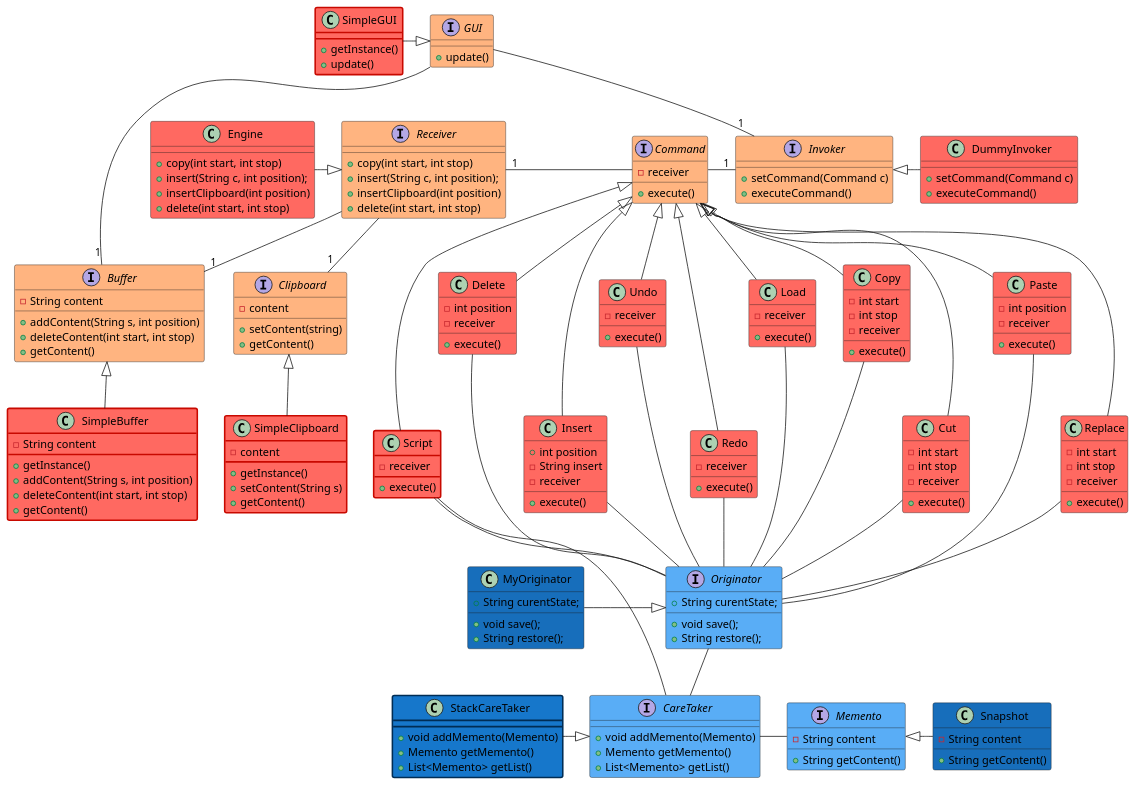
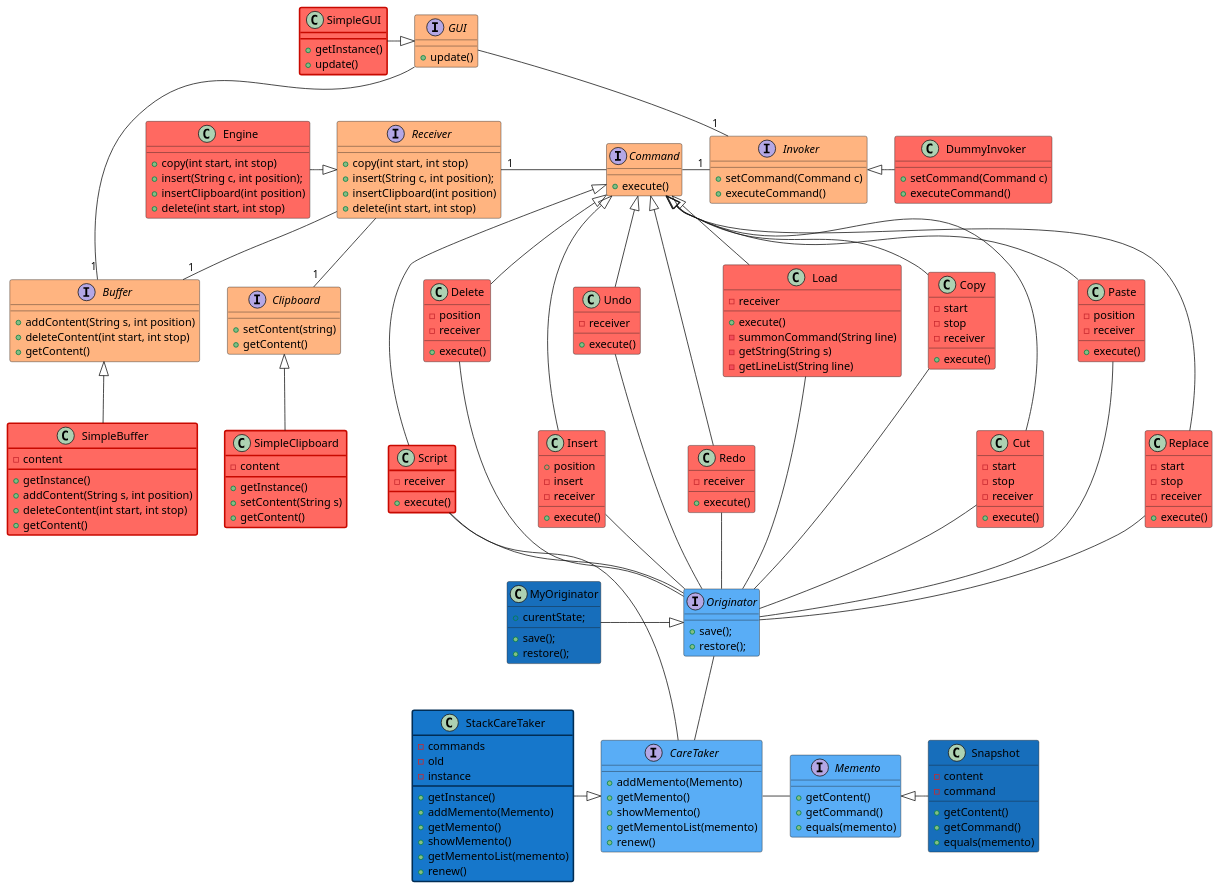
The diagram in V2/Conception/ClassDiagram.puml (Camille-Molinier/text-editor), drawn with PlantUML before and after one commit. The commit also changed 4 other files, not shown here.

Commit message:
improve diagrams

```diff
--- a/V2/Conception/ClassDiagram.puml
+++ b/V2/Conception/ClassDiagram.puml
@@ -12,7 +12,6 @@
 }
 
 interface Command #ffb480 {
-    - receiver
     + execute()
 }
 
@@ -24,34 +23,33 @@
 }
 
 interface Clipboard #ffb480 {
-    - content
     + setContent(string)
     + getContent()
 }
 
 interface Buffer #ffb480 {
-    - String content
     + addContent(String s, int position)
     + deleteContent(int start, int stop)
     + getContent()
 }
 
 interface Originator #59adf6 {
-    + String curentState;
-    + void save();
-    + String restore();
+    + save();
+    + restore();
 }
 
 interface Memento #59adf6 {
-    - String content
-
-    + String getContent()
+    + getContent()
+    + getCommand()
+    + equals(memento)
 }
 
 interface CareTaker #59adf6 {
-    + void addMemento(Memento)
-    + Memento getMemento()
-    + List<Memento> getList()
+    + addMemento(Memento)
+    + getMemento()
+    + showMemento()
+    + getMementoList(memento)
+    + renew()
 }
 
 class SimpleGUI #ff6961;line.bold:C80900 {
@@ -68,41 +66,41 @@
 
 
 class Copy #ff6961 {
-    - int start
-    - int stop
+    - start
+    - stop
     - receiver
     + execute()
 }
 
 class Cut #ff6961 {
-    - int start
-    - int stop
+    - start
+    - stop
     - receiver
     + execute()
 }
 
 class Paste #ff6961 {
-    - int position
+    - position
     - receiver
     + execute()
 }
 
 class Replace #ff6961 {
-    - int start
-    - int stop
+    - start
+    - stop
     - receiver
     + execute()
 }
 
 class Delete #ff6961 {
-    - int position
+    - position
     - receiver
     + execute()
 }
 
 class Insert #ff6961 {
-    + int position
-    - String insert
+    + position
+    - insert
     - receiver
     + execute()
 }
@@ -125,10 +123,13 @@
 class Load #ff6961 {
     - receiver
     + execute()
+    - summonCommand(String line)
+    - getString(String s)
+    - getLineList(String line)
 }
 
 class SimpleBuffer #ff6961;line.bold:C80900 {
-    - String content
+    - content
     + getInstance()
     + addContent(String s, int position)
     + deleteContent(int start, int stop)
@@ -148,21 +149,29 @@
 }
 
 class MyOriginator #176EBB {
-    + String curentState;
-    + void save();
-    + String restore();
+    + curentState;
+    + save();
+    + restore();
 }
 
 class Snapshot #176EBB {
-    - String content
-
-    + String getContent()
+    - content
+    - command
+    + getContent()
+    + getCommand()
+    + equals(memento)
 }
 
 class StackCareTaker #1677CB;line.bold:002D55 {
-    + void addMemento(Memento)
-    + Memento getMemento()
-    + List<Memento> getList()
+    - commands
+    - old
+    - instance
+    + getInstance()
+    + addMemento(Memento)
+    + getMemento()
+    + showMemento()
+    + getMementoList(memento)
+    + renew()
 }
 
 GUI --- "1"Buffer
```
